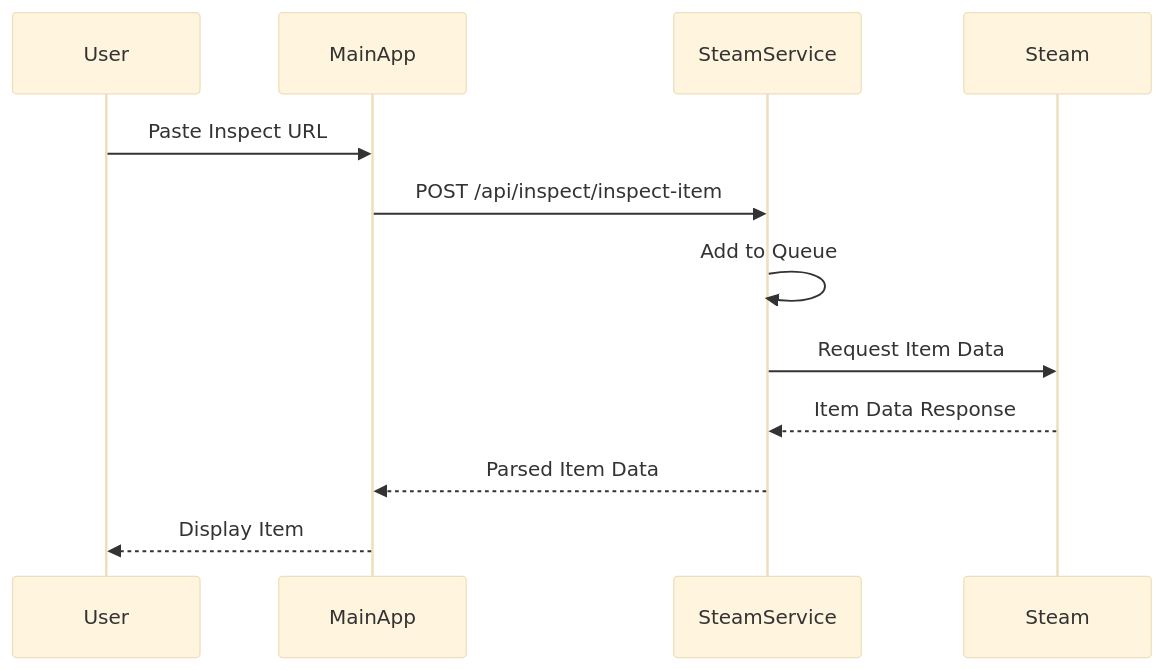
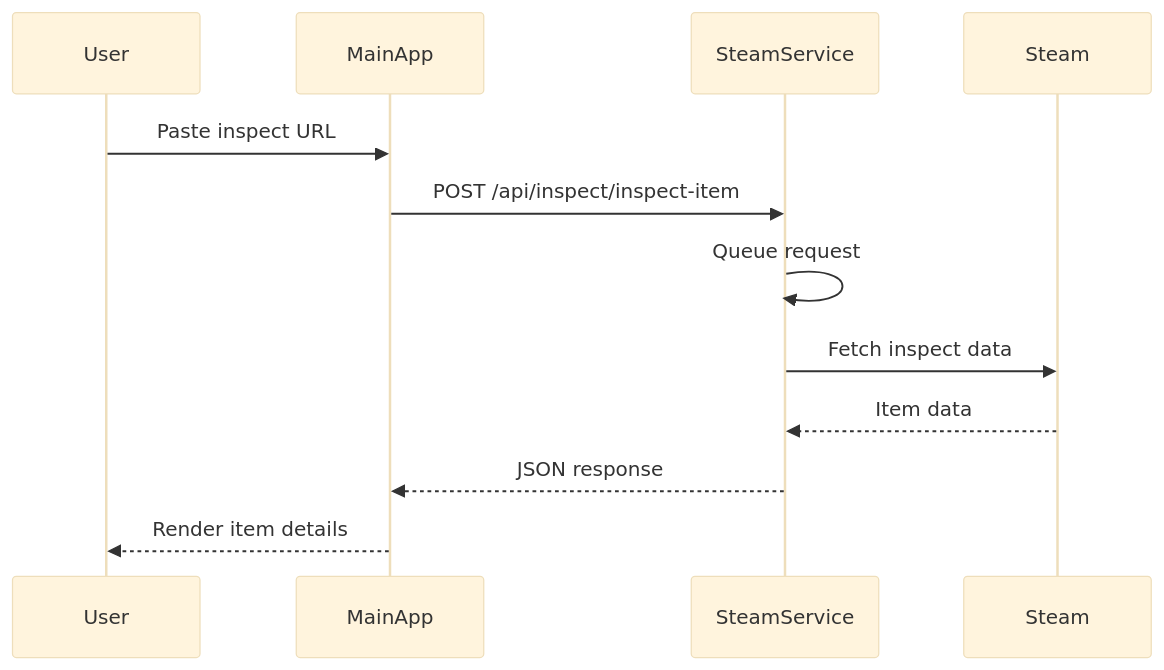
The second of 2 diagrams in services/docs-site/services-steam.md (sak0a/cs2inspect-web), drawn with Mermaid (base theme) before and after one commit. The commit also changed other lines of this file and 7 other files, not shown here.

````diff
--- a/services/docs-site/services-steam.md
+++ b/services/docs-site/services-steam.md
@@ -511,15 +218,15 @@
 ```mermaid
 sequenceDiagram
     participant User
     participant MainApp
     participant SteamService
     participant Steam
 
-    User->>MainApp: Paste Inspect URL
+    User->>MainApp: Paste inspect URL
     MainApp->>SteamService: POST /api/inspect/inspect-item
-    SteamService->>SteamService: Add to Queue
-    SteamService->>Steam: Request Item Data
-    Steam-->>SteamService: Item Data Response
-    SteamService-->>MainApp: Parsed Item Data
-    MainApp-->>User: Display Item
+    SteamService->>SteamService: Queue request
+    SteamService->>Steam: Fetch inspect data
+    Steam-->>SteamService: Item data
+    SteamService-->>MainApp: JSON response
+    MainApp-->>User: Render item details
 ```
````
